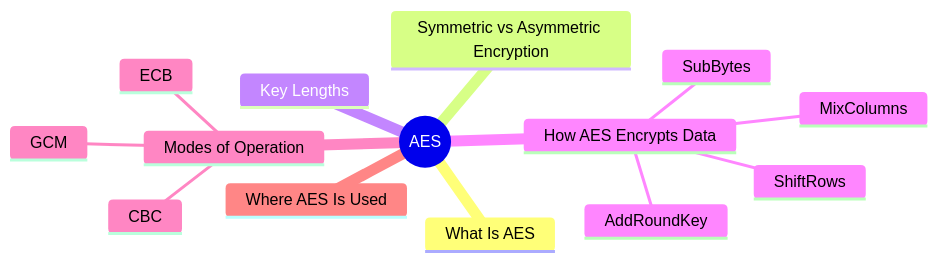
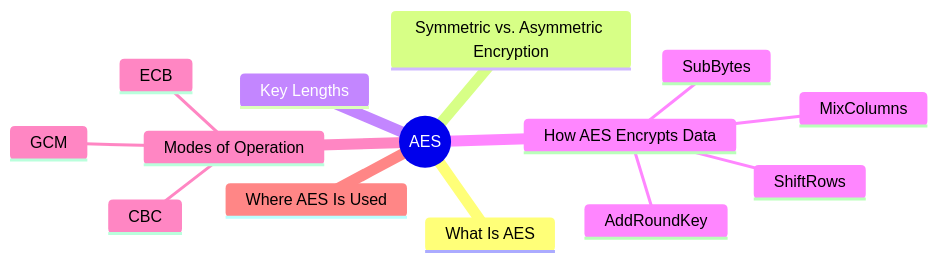
The first of 4 diagrams in src/posts/en/network-aes.mdx (Charmying/blog), drawn with Mermaid before and after one commit. The commit also changed other lines of this file and 40 other files, not shown here.

````diff
--- a/src/posts/en/network-aes.mdx
+++ b/src/posts/en/network-aes.mdx
@@ -12,17 +12,17 @@
 ```mermaid
 mindmap
     root((AES))
         What Is AES
-        Symmetric vs Asymmetric Encryption
+        Symmetric vs. Asymmetric Encryption
         Key Lengths
         How AES Encrypts Data
             SubBytes
             ShiftRows
             MixColumns
             AddRoundKey
         Modes of Operation
             ECB
             CBC
             GCM
         Where AES Is Used
 ```
````
